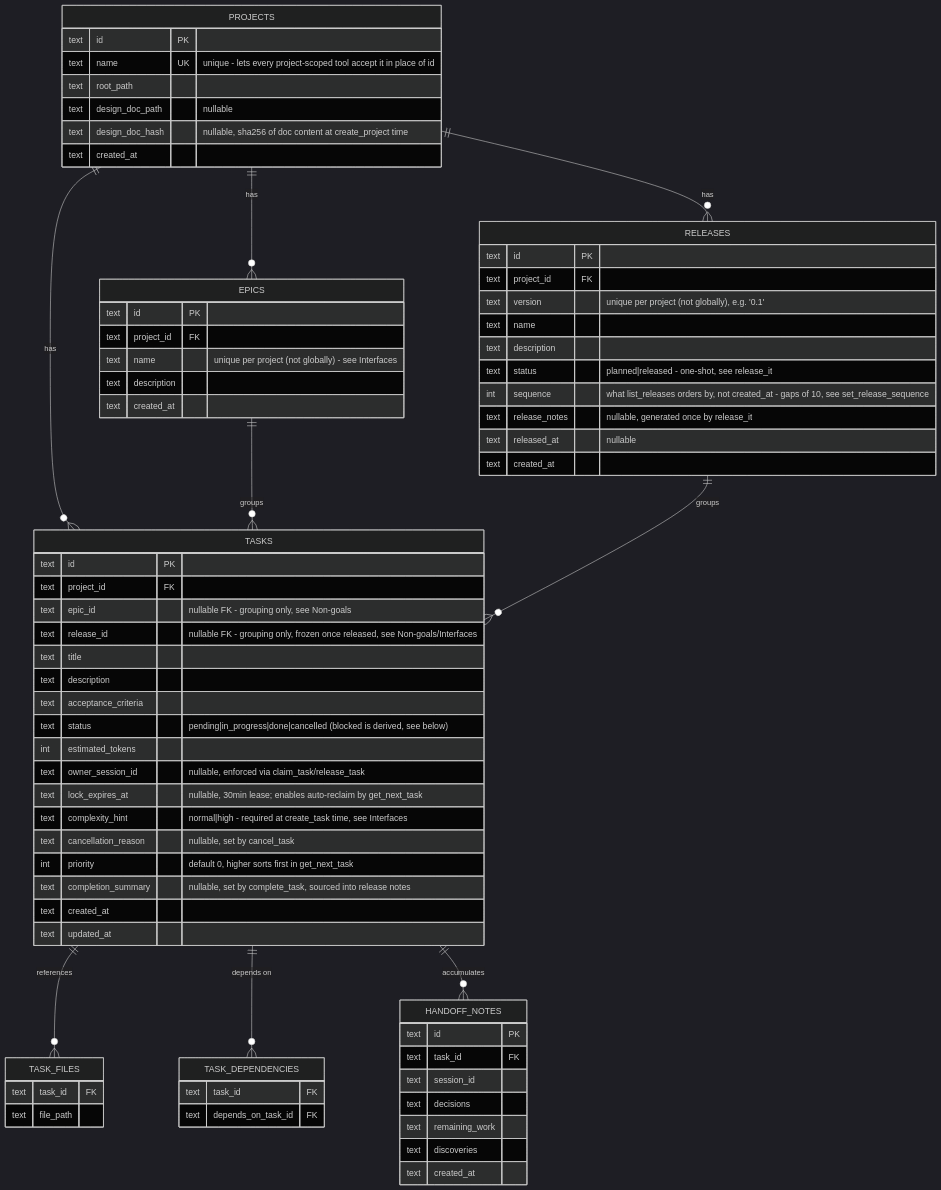
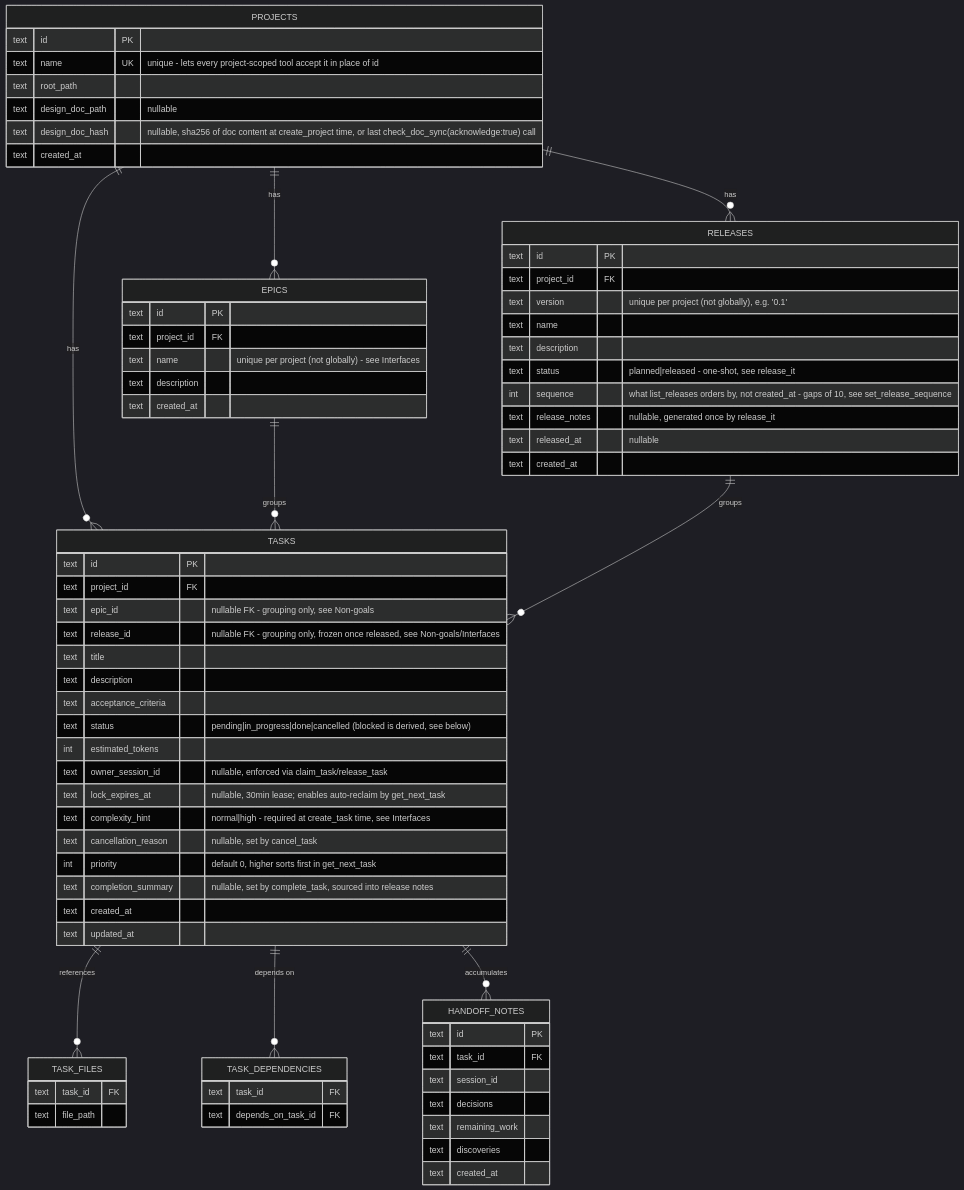
The third of 3 diagrams in docs/architecture/task-tracker-mcp.md (madmurdok/task-tracker-mcp), drawn with Mermaid (dark theme) before and after one commit. The commit also changed other lines of this file and 7 other files, not shown here.

First line of the commit message:
feat: surface design-doc drift on get_next_task/get_project_status

````diff
--- a/docs/architecture/task-tracker-mcp.md
+++ b/docs/architecture/task-tracker-mcp.md
@@ -131,75 +135,75 @@
 ```mermaid
 erDiagram
     PROJECTS ||--o{ TASKS : has
     PROJECTS ||--o{ EPICS : has
     PROJECTS ||--o{ RELEASES : has
     EPICS ||--o{ TASKS : groups
     RELEASES ||--o{ TASKS : groups
     TASKS ||--o{ TASK_FILES : references
     TASKS ||--o{ TASK_DEPENDENCIES : "depends on"
     TASKS ||--o{ HANDOFF_NOTES : accumulates
 
     PROJECTS {
         text id PK
         text name UK "unique - lets every project-scoped tool accept it in place of id"
         text root_path
         text design_doc_path "nullable"
-        text design_doc_hash "nullable, sha256 of doc content at create_project time"
+        text design_doc_hash "nullable, sha256 of doc content at create_project time, or last check_doc_sync(acknowledge:true) call"
         text created_at
     }
     EPICS {
         text id PK
         text project_id FK
         text name "unique per project (not globally) - see Interfaces"
         text description
         text created_at
     }
     RELEASES {
         text id PK
         text project_id FK
         text version "unique per project (not globally), e.g. '0.1'"
         text name
         text description
         text status "planned|released - one-shot, see release_it"
         int sequence "what list_releases orders by, not created_at - gaps of 10, see set_release_sequence"
         text release_notes "nullable, generated once by release_it"
         text released_at "nullable"
         text created_at
     }
     TASKS {
         text id PK
         text project_id FK
         text epic_id "nullable FK - grouping only, see Non-goals"
         text release_id "nullable FK - grouping only, frozen once released, see Non-goals/Interfaces"
         text title
         text description
         text acceptance_criteria
         text status "pending|in_progress|done|cancelled (blocked is derived, see below)"
         int estimated_tokens
         text owner_session_id "nullable, enforced via claim_task/release_task"
         text lock_expires_at "nullable, 30min lease; enables auto-reclaim by get_next_task"
         text complexity_hint "normal|high - required at create_task time, see Interfaces"
         text cancellation_reason "nullable, set by cancel_task"
         int priority "default 0, higher sorts first in get_next_task"
         text completion_summary "nullable, set by complete_task, sourced into release notes"
         text created_at
         text updated_at
     }
     TASK_FILES {
         text task_id FK
         text file_path
     }
     TASK_DEPENDENCIES {
         text task_id FK
         text depends_on_task_id FK
     }
     HANDOFF_NOTES {
         text id PK
         text task_id FK
         text session_id
         text decisions
         text remaining_work
         text discoveries
         text created_at
     }
 ```
````
